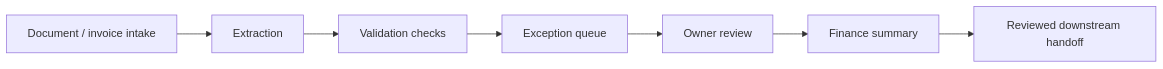
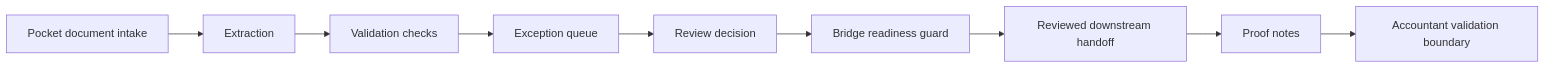
Before and after one commit to Aureus-Automation-Lab/Aureus-Automation-Lab: the diagram in public-proof/finecon/invoice-review-flow.md, drawn with Mermaid. The commit also changed other lines of this file and 16 other files, not shown here.

````diff
--- a/public-proof/finecon/invoice-review-flow.md
+++ b/public-proof/finecon/invoice-review-flow.md
@@ -5,9 +5,11 @@
 ```mermaid
 flowchart LR
-    A[Document / invoice intake] --> B[Extraction]
+    A[Pocket document intake] --> B[Extraction]
     B --> C[Validation checks]
     C --> D[Exception queue]
-    D --> E[Owner review]
-    E --> F[Finance summary]
+    D --> E[Review decision]
+    E --> F[Bridge readiness guard]
     F --> G[Reviewed downstream handoff]
+    G --> H[Proof notes]
+    H --> I[Accountant validation boundary]
 ```
````
